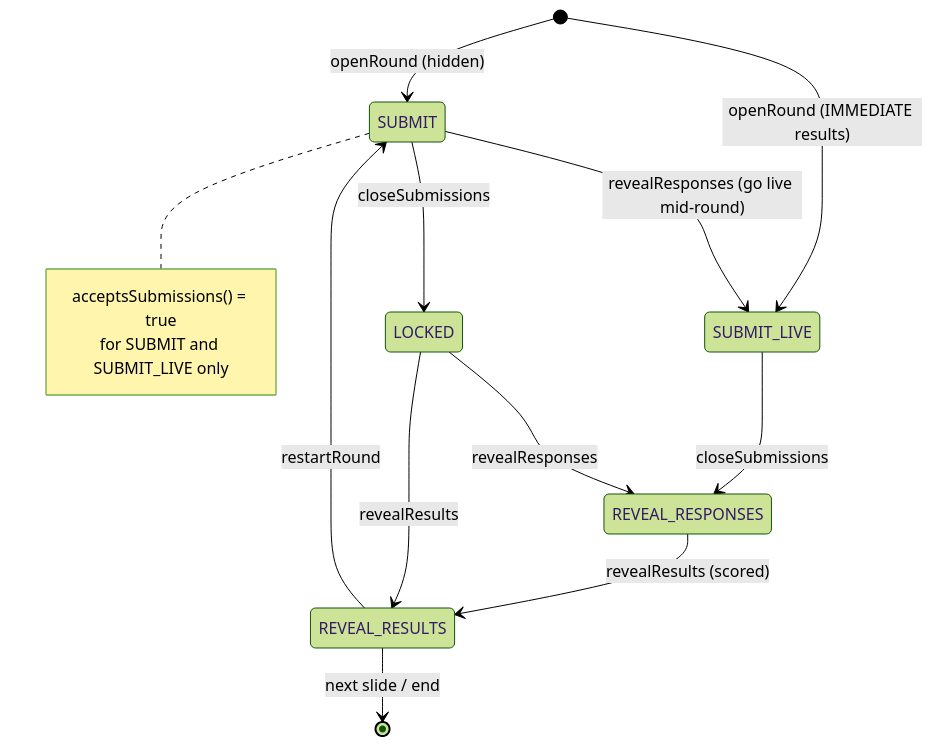
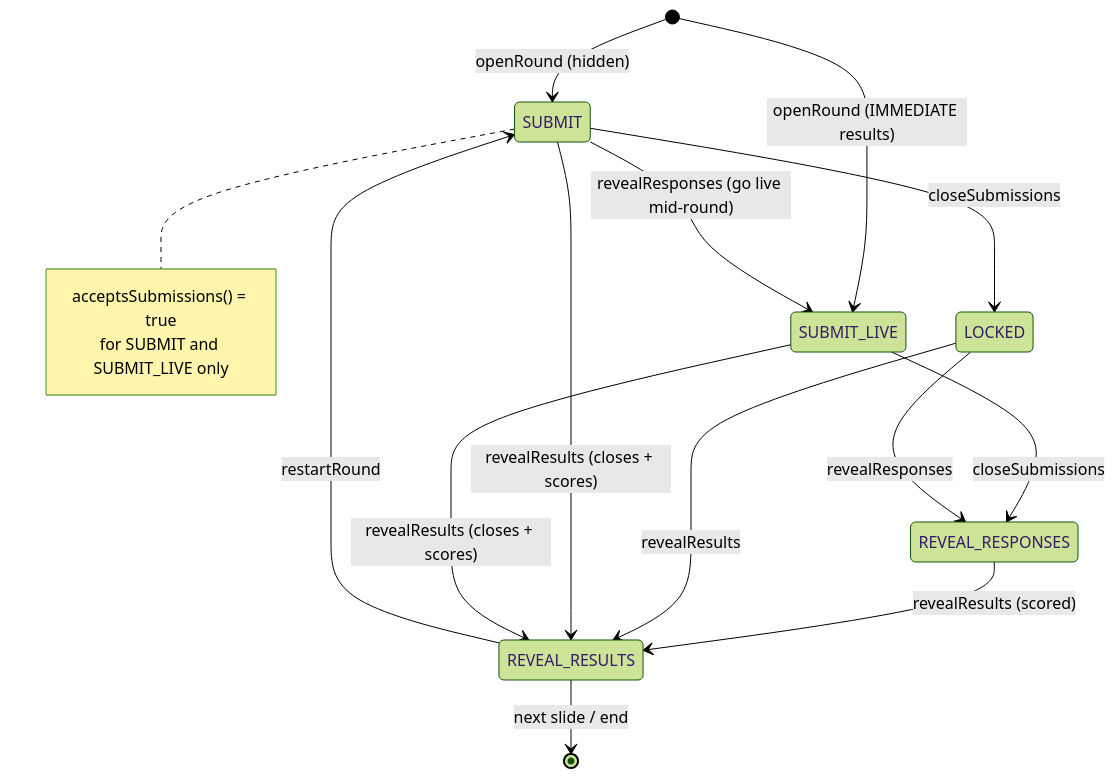
One commit to Saganaut/ambi changed the second of 5 diagrams in z-docs/diagrams/live-session.md. Above: the diagram before and after it, drawn with Mermaid (forest theme). The commit also changed 9 other files, not shown here.

First line of the commit message:
feat(live-session): reveal results without a prior close step

````diff
--- a/z-docs/diagrams/live-session.md
+++ b/z-docs/diagrams/live-session.md
@@ -40,18 +40,20 @@
 ```mermaid
 stateDiagram-v2
     [*] --> SUBMIT : openRound (hidden)
     [*] --> SUBMIT_LIVE : openRound (IMMEDIATE results)
     SUBMIT --> SUBMIT_LIVE : revealResponses (go live mid-round)
     SUBMIT --> LOCKED : closeSubmissions
     SUBMIT_LIVE --> REVEAL_RESPONSES : closeSubmissions
     LOCKED --> REVEAL_RESPONSES : revealResponses
     REVEAL_RESPONSES --> REVEAL_RESULTS : revealResults (scored)
     LOCKED --> REVEAL_RESULTS : revealResults
+    SUBMIT --> REVEAL_RESULTS : revealResults (closes + scores)
+    SUBMIT_LIVE --> REVEAL_RESULTS : revealResults (closes + scores)
     REVEAL_RESULTS --> SUBMIT : restartRound
     REVEAL_RESULTS --> [*] : next slide / end
 
     note right of SUBMIT
         acceptsSubmissions() = true
         for SUBMIT and SUBMIT_LIVE only
     end note
 ```
````
